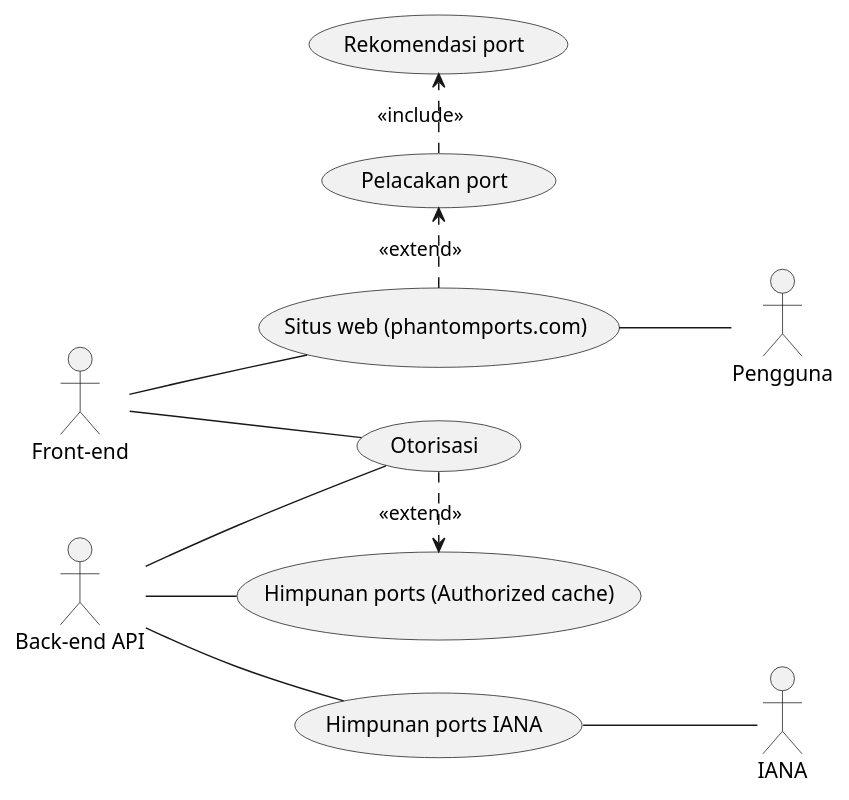
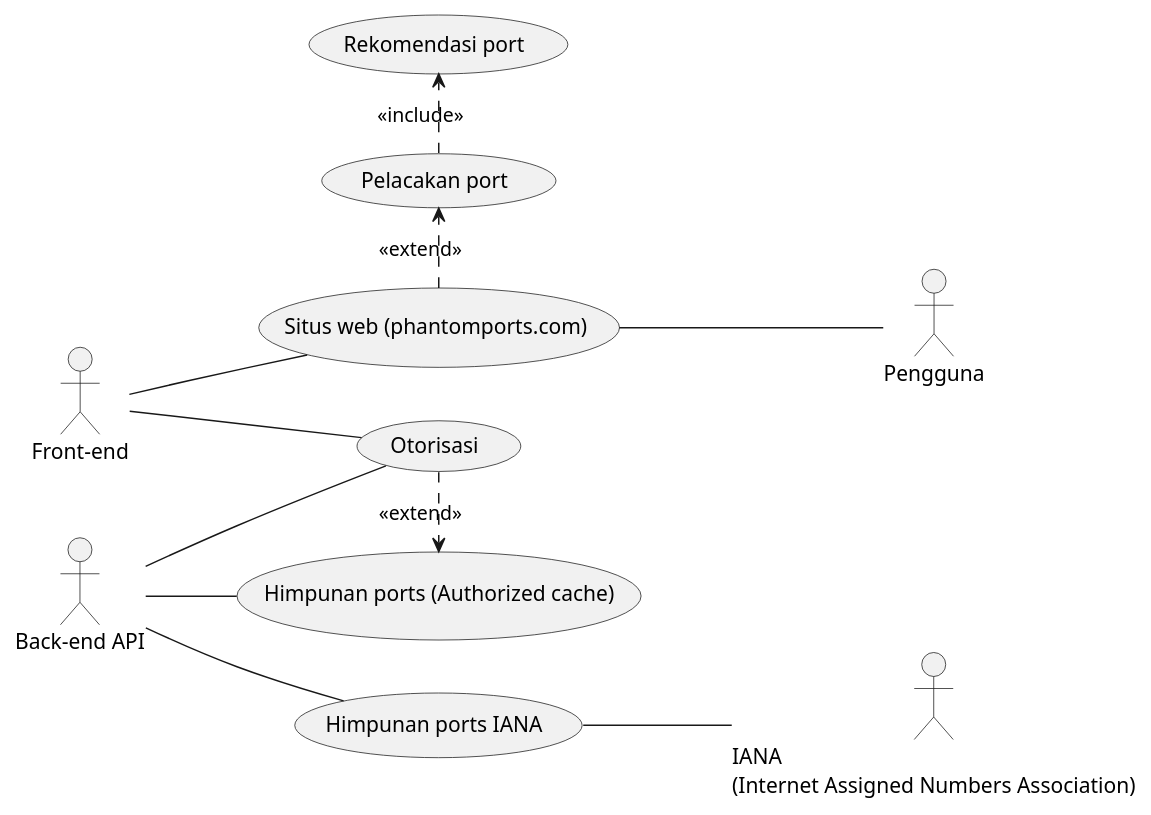
The diagram in ues_case_diagram.puml (stnDinus/skpl-apbo-use-case-diagram), drawn with PlantUML before and after one commit.

Commit message:
feat: expand IANA acronym

```diff
--- a/ues_case_diagram.puml
+++ b/ues_case_diagram.puml
@@ -1,34 +1,34 @@
 @startuml
 left to right direction
 
 actor :Back-end API: as be
 actor :Front-end: as fe
 actor :Pengguna: as usr
-actor :IANA: as iana
+actor :IANA\n(Internet Assigned Numbers Association): as iana
 
 together {
   "Situs web (phantomports.com)" as (website)
   "Pelacakan port" as (search)
   "Rekomendasi port" as (recommend)
 }
 
 "Himpunan ports IANA" as (ports)
 "Himpunan ports (Authorized cache)" as (cached)
 
 "Otorisasi" as (authorize)
 
 (website) -- usr
 fe -- (website)
 (website) .> (search): <<extend>>
 (search) .> (recommend): <<include>>
 
 be -- (ports)
 (ports) -- iana
 
 be -- (authorize)
 fe -- (authorize)
 
 be -- (cached)
 (authorize) .> (cached): <<extend>>
 
 @enduml
```
